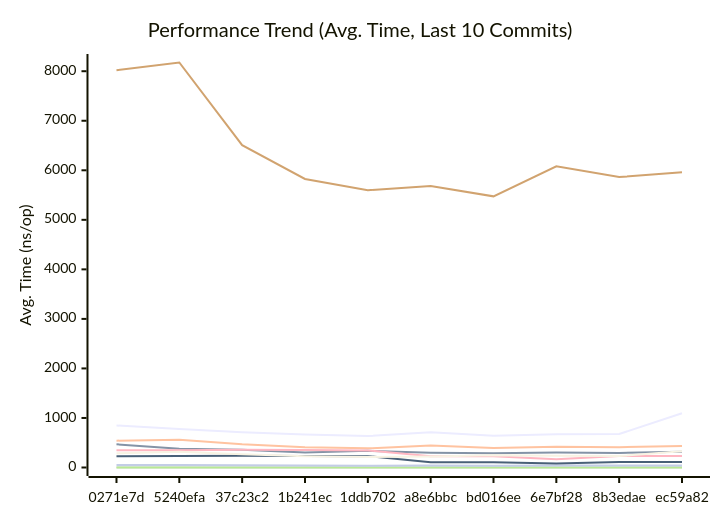
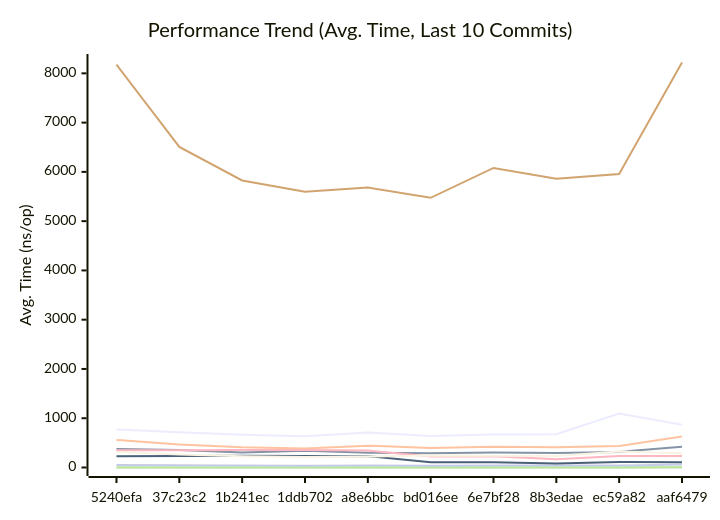
The first of 3 diagrams in docs/PERFORMANCE.md (alsotoes/momo), drawn with Mermaid before and after one commit. The commit also changed other lines of this file and 4 other files, not shown here.

````diff
--- a/docs/PERFORMANCE.md
+++ b/docs/PERFORMANCE.md
@@ -128,18 +128,18 @@
 ```mermaid
 xychart-beta
     title "Performance Trend (Avg. Time, Last 10 Commits)"
     x-axis "Commit"
     y-axis "Avg. Time (ns/op)"
-    x-axis [0271e7d,5240efa,37c23c2,1b241ec,1ddb702,a8e6bbc,bd016ee,6e7bf28,8b3edae,ec59a82]
-    line "CheckMetricsAndSwap" [11,8,7,7,7,9,8,8,8,10]
-    line "CrushOptimized" [468,378,356,305,338,300,289,304,293,317]
-    line "CrushOriginal" [542,558,469,409,387,443,396,419,409,436]
-    line "IndexDirectTracking" [1,0,0,0,0,0,0,0,0,0]
-    line "IndexSearch" [2,2,2,2,1,2,2,2,2,2]
-    line "LoadGlobalConfig" [8021,8176,6507,5825,5598,5683,5474,6080,5863,5958]
-    line "PadString" [52,53,47,39,36,39,36,39,39,41]
+    x-axis [5240efa,37c23c2,1b241ec,1ddb702,a8e6bbc,bd016ee,6e7bf28,8b3edae,ec59a82,aaf6479]
+    line "CheckMetricsAndSwap" [8,7,7,7,9,8,8,8,10,11]
+    line "CrushOptimized" [378,356,305,338,300,289,304,293,317,420]
+    line "CrushOriginal" [558,469,409,387,443,396,419,409,436,627]
+    line "IndexDirectTracking" [0,0,0,0,0,0,0,0,0,1]
+    line "IndexSearch" [2,2,2,1,2,2,2,2,2,3]
+    line "LoadGlobalConfig" [8176,6507,5825,5598,5683,5474,6080,5863,5958,8220]
+    line "PadString" [53,47,39,36,39,36,39,39,41,59]
     line "ParseReplicationOrder_NoPrealloc" [350,349,357,354,345,225,229,165,232,234]
     line "ParseReplicationOrder_Prealloc" [229,231,237,234,229,108,107,80,110,109]
-    line "SanitizeLog/Safe" [288,316,266,229,212,222,245,238,231,326]
-    line "SanitizeLog/Unsafe" [849,775,714,667,636,710,640,671,675,1095]
+    line "SanitizeLog/Safe" [316,266,229,212,222,245,238,231,326,287]
+    line "SanitizeLog/Unsafe" [775,714,667,636,710,640,671,675,1095,866]
 ```
````
